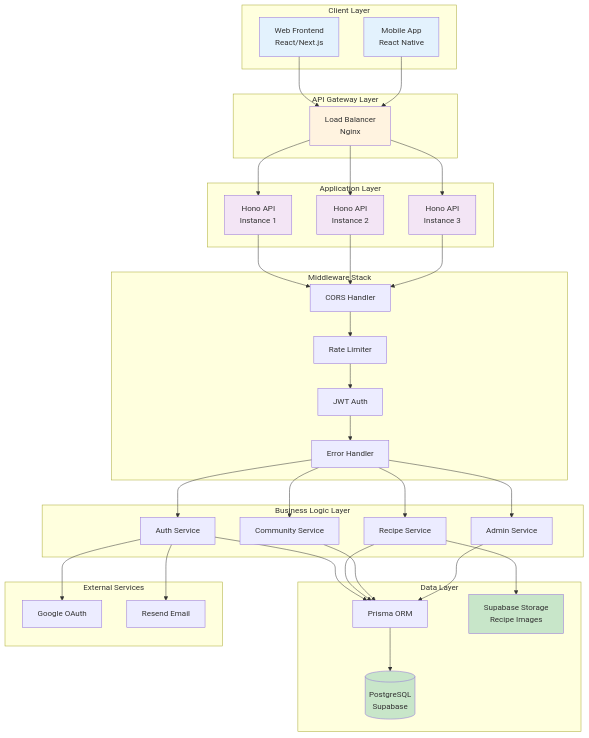
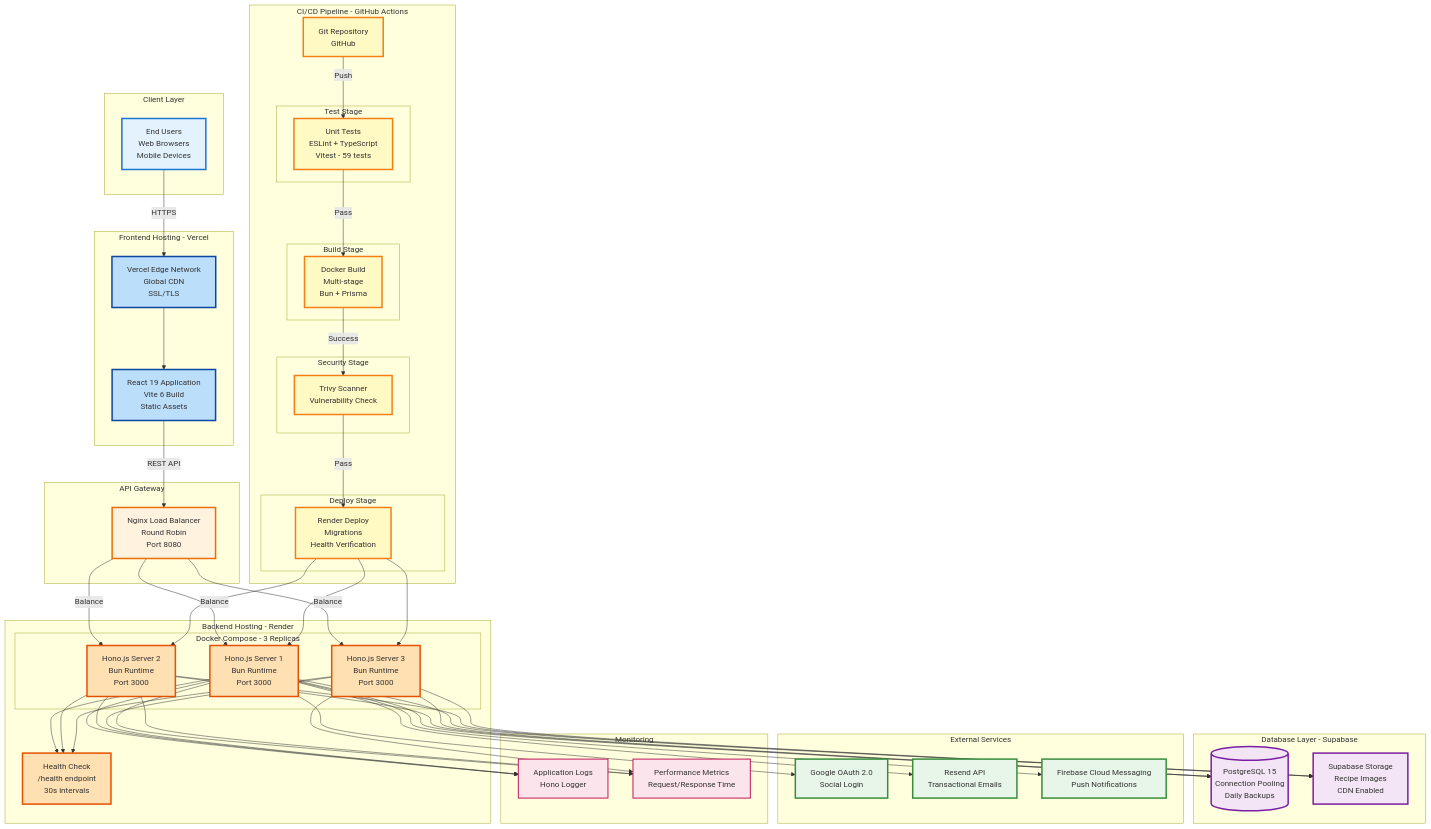
The diagram in docs/SYSTEM_ARCHITECTURE.md (NinePTH/FitRecipes-Backend), drawn with Mermaid before and after one commit. The commit also changed other lines of this file and 1 other file, not shown here.

Commit message:
Add: component diagram and system architecture diagram

````diff
--- a/docs/SYSTEM_ARCHITECTURE.md
+++ b/docs/SYSTEM_ARCHITECTURE.md
@@ -17,81 +43,126 @@
 ```mermaid
 graph TB
     subgraph "Client Layer"
-        WEB[Web Frontend<br/>React/Next.js]
-        MOBILE[Mobile App<br/>React Native]
+        USERS[End Users<br/>Web Browsers<br/>Mobile Devices]
+    end
+    
+    subgraph "Frontend Hosting - Vercel"
+        VERCEL[Vercel Edge Network<br/>Global CDN<br/>SSL/TLS]
+        FRONTEND[React 19 Application<br/>Vite 6 Build<br/>Static Assets]
+    end
+    
+    subgraph "API Gateway"
+        NGINX[Nginx Load Balancer<br/>Round Robin<br/>Port 8080]
+    end
+    
+    subgraph "Backend Hosting - Render"
+        subgraph "Docker Compose - 3 Replicas"
+            APP1[Hono.js Server 1<br/>Bun Runtime<br/>Port 3000]
+            APP2[Hono.js Server 2<br/>Bun Runtime<br/>Port 3000]
+            APP3[Hono.js Server 3<br/>Bun Runtime<br/>Port 3000]
+        end
+        
+        HEALTH[Health Check<br/>/health endpoint<br/>30s intervals]
+    end
+    
+    subgraph "Database Layer - Supabase"
+        POSTGRES[(PostgreSQL 15<br/>Connection Pooling<br/>Daily Backups)]
+        STORAGE[Supabase Storage<br/>Recipe Images<br/>CDN Enabled]
+    end
+    
+    subgraph "External Services"
+        GOOGLE[Google OAuth 2.0<br/>Social Login]
+        RESEND[Resend API<br/>Transactional Emails]
+        FCM[Firebase Cloud Messaging<br/>Push Notifications]
+    end
+    
+    subgraph "CI/CD Pipeline - GitHub Actions"
+        GIT[Git Repository<br/>GitHub]
+        
+        subgraph "Test Stage"
+            TEST[Unit Tests<br/>ESLint + TypeScript<br/>Vitest - 59 tests]
+        end
+        
+        subgraph "Build Stage"
+            BUILD[Docker Build<br/>Multi-stage<br/>Bun + Prisma]
+        end
+        
+        subgraph "Security Stage"
+            SECURITY[Trivy Scanner<br/>Vulnerability Check]
+        end
+        
+        subgraph "Deploy Stage"
+            DEPLOY[Render Deploy<br/>Migrations<br/>Health Verification]
+        end
+    end
+    
+    subgraph "Monitoring"
+        LOGS[Application Logs<br/>Hono Logger]
+        METRICS[Performance Metrics<br/>Request/Response Time]
     end
 
-    subgraph "API Gateway Layer"
-        LB[Load Balancer<br/>Nginx]
-    end
+    %% User Flow
+    USERS -->|HTTPS| VERCEL
+    VERCEL --> FRONTEND
+    FRONTEND -->|REST API| NGINX
+    
+    %% Load Balancing
+    NGINX -->|Balance| APP1
+    NGINX -->|Balance| APP2
+    NGINX -->|Balance| APP3
+    
+    %% Backend to Data
+    APP1 --> POSTGRES
+    APP2 --> POSTGRES
+    APP3 --> POSTGRES
+    
+    APP1 --> STORAGE
+    APP2 --> STORAGE
+    APP3 --> STORAGE
+    
+    %% External Services
+    APP1 --> GOOGLE
+    APP1 --> RESEND
+    APP1 --> FCM
+    
+    %% Health Monitoring
+    APP1 --> HEALTH
+    APP2 --> HEALTH
+    APP3 --> HEALTH
+    
+    %% CI/CD Flow
+    GIT -->|Push| TEST
+    TEST -->|Pass| BUILD
+    BUILD -->|Success| SECURITY
+    SECURITY -->|Pass| DEPLOY
+    DEPLOY --> APP1
+    DEPLOY --> APP2
+    DEPLOY --> APP3
+    
+    %% Monitoring
+    APP1 --> LOGS
+    APP2 --> LOGS
+    APP3 --> LOGS
+    
+    APP1 --> METRICS
+    APP2 --> METRICS
+    APP3 --> METRICS
 
-    subgraph "Application Layer"
-        API1[Hono API<br/>Instance 1]
-        API2[Hono API<br/>Instance 2]
-        API3[Hono API<br/>Instance 3]
-    end
-
-    subgraph "Middleware Stack"
-        CORS[CORS Handler]
-        AUTH[JWT Auth]
-        RATE[Rate Limiter]
-        ERROR[Error Handler]
-    end
-
-    subgraph "Business Logic Layer"
-        AUTH_SVC[Auth Service]
-        RECIPE_SVC[Recipe Service]
-        COMM_SVC[Community Service]
-        ADMIN_SVC[Admin Service]
-    end
-
-    subgraph "Data Layer"
-        PRISMA[Prisma ORM]
-        PG[(PostgreSQL<br/>Supabase)]
-        STORAGE[Supabase Storage<br/>Recipe Images]
-    end
-
-    subgraph "External Services"
-        GOOGLE[Google OAuth]
-        EMAIL[Resend Email]
-    end
-
-    WEB --> LB
-    MOBILE --> LB
-    LB --> API1
-    LB --> API2
-    LB --> API3
-
-    API1 --> CORS
-    API2 --> CORS
-    API3 --> CORS
-
-    CORS --> RATE
-    RATE --> AUTH
-    AUTH --> ERROR
-
-    ERROR --> AUTH_SVC
-    ERROR --> RECIPE_SVC
-    ERROR --> COMM_SVC
-    ERROR --> ADMIN_SVC
-
-    AUTH_SVC --> PRISMA
-    RECIPE_SVC --> PRISMA
-    COMM_SVC --> PRISMA
-    ADMIN_SVC --> PRISMA
-
-    PRISMA --> PG
-    RECIPE_SVC --> STORAGE
-
-    AUTH_SVC --> GOOGLE
-    AUTH_SVC --> EMAIL
-
-    style WEB fill:#e3f2fd
-    style MOBILE fill:#e3f2fd
-    style LB fill:#fff3e0
-    style API1 fill:#f3e5f5
-    style API2 fill:#f3e5f5
-    style API3 fill:#f3e5f5
-    style PG fill:#c8e6c9
-    style STORAGE fill:#c8e6c9
+    classDef client fill:#e3f2fd,stroke:#1976d2,stroke-width:3px
+    classDef frontend fill:#bbdefb,stroke:#0d47a1,stroke-width:3px
+    classDef gateway fill:#fff3e0,stroke:#ef6c00,stroke-width:3px
+    classDef backend fill:#ffe0b2,stroke:#e65100,stroke-width:3px
+    classDef database fill:#f3e5f5,stroke:#7b1fa2,stroke-width:3px
+    classDef external fill:#e8f5e9,stroke:#388e3c,stroke-width:3px
+    classDef cicd fill:#fff9c4,stroke:#f57f17,stroke-width:3px
+    classDef monitoring fill:#fce4ec,stroke:#c2185b,stroke-width:2px
+    
+    class USERS client
+    class VERCEL,FRONTEND frontend
+    class NGINX gateway
+    class APP1,APP2,APP3,HEALTH backend
+    class POSTGRES,STORAGE database
+    class GOOGLE,RESEND,FCM external
+    class GIT,TEST,BUILD,SECURITY,DEPLOY cicd
+    class LOGS,METRICS monitoring
 ```
````
